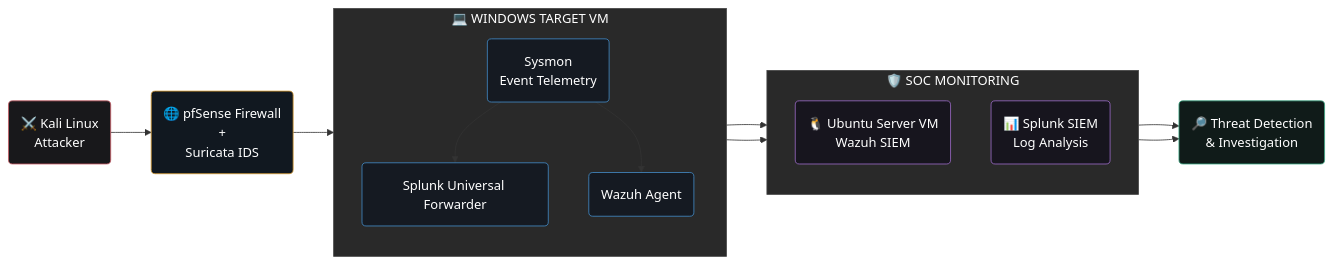
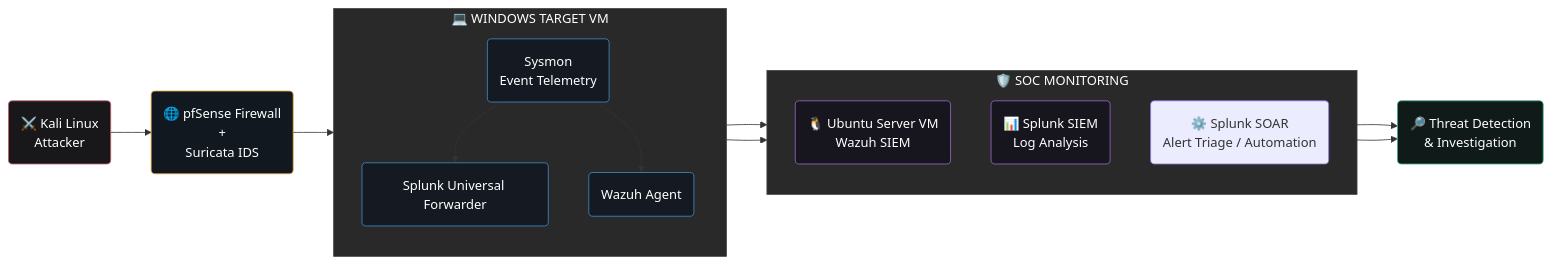
One commit to KAKishore/KAKishore changed the diagram in README.md. Above: the diagram before and after it, drawn with Mermaid.

Commit message:
Update README.md
Added Soar in diagram

````diff
--- a/README.md
+++ b/README.md
@@ -133,44 +133,45 @@
 ```mermaid
 flowchart LR
     K("⚔️ Kali Linux<br/>Attacker")
     P("🌐 pfSense Firewall<br/>+<br/>Suricata IDS")
 
     subgraph WIN["💻 WINDOWS TARGET VM"]
         direction TB
         S("Sysmon<br/>Event Telemetry")
         U("Splunk Universal Forwarder")
         WA("Wazuh Agent")
         S --> U
         S --> WA
     end
 
     subgraph SOC["🛡️ SOC MONITORING"]
         direction TB
         Z("🐧 Ubuntu Server VM<br/>Wazuh SIEM")
         SI("📊 Splunk SIEM<br/>Log Analysis")
+        SOAR("⚙️ Splunk SOAR<br/>Alert Triage / Automation")
     end
 
     I("🔎 Threat Detection<br/>& Investigation")
 
     K --> P
     P --> S
     U --> SI
     WA --> Z
     SI --> I
     Z --> I
 
     classDef attacker fill:#18181B,stroke:#C65B65,color:#FFFFFF,stroke-width:1px
     classDef firewall fill:#111820,stroke:#D59A32,color:#FFFFFF,stroke-width:1px
     classDef endpoint fill:#151A22,stroke:#438BC6,color:#FFFFFF,stroke-width:1px
     classDef monitoring fill:#17151E,stroke:#9B6BC7,color:#FFFFFF,stroke-width:1px
     classDef investigation fill:#101B19,stroke:#3CA783,color:#FFFFFF,stroke-width:1px
 
     class K attacker
     class P firewall
     class S,U,WA endpoint
     class SI,Z monitoring
     class I investigation
 
     style WIN fill:#292929,stroke:#444444,color:#FFFFFF
     style SOC fill:#292929,stroke:#444444,color:#FFFFFF
 ```
````
